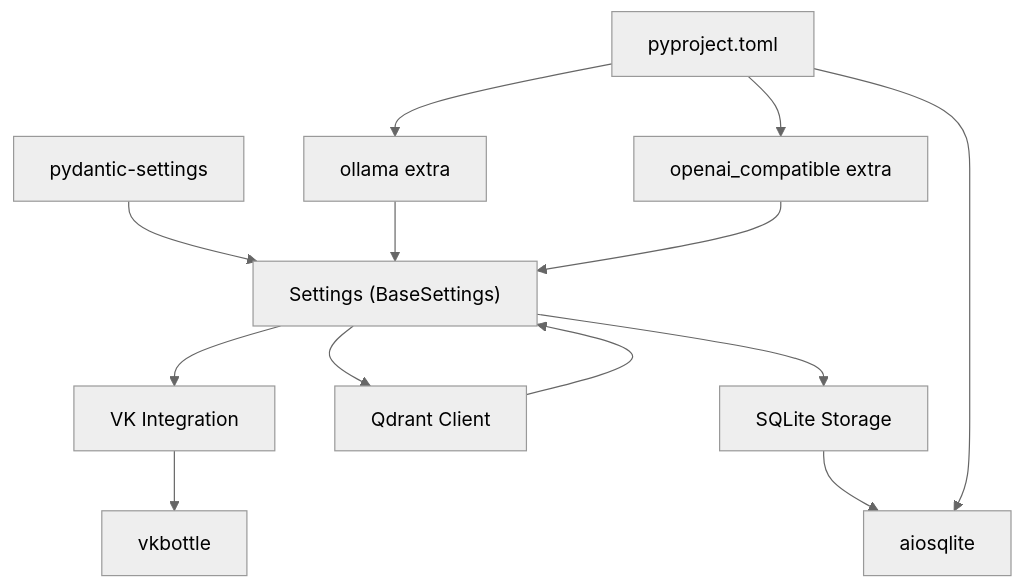
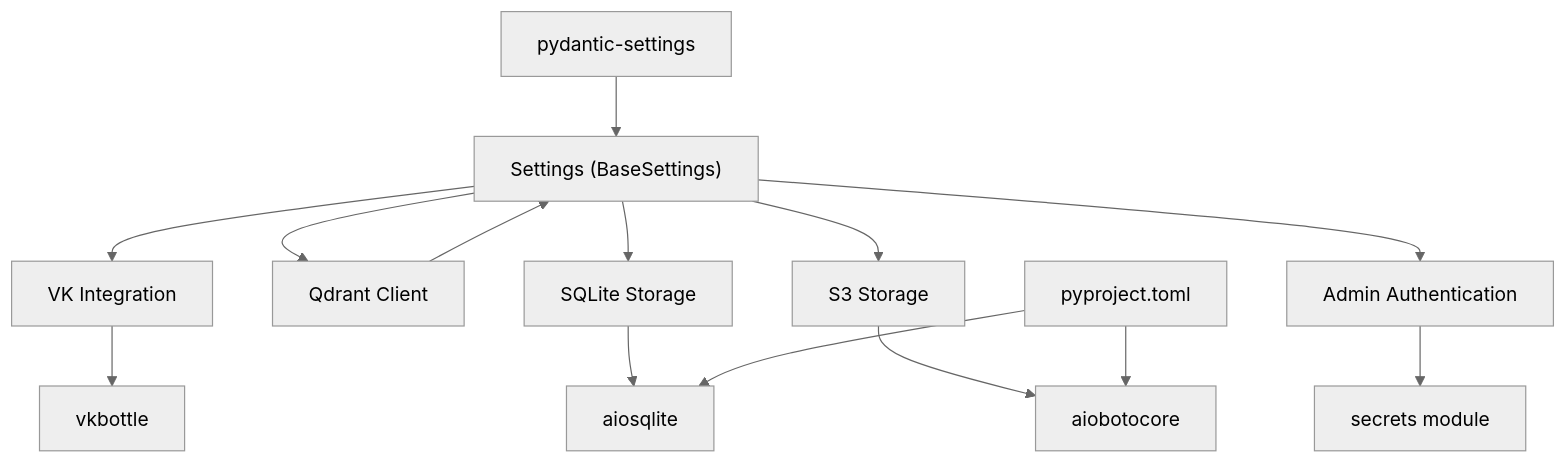
One commit to ognelis/cafetera_hr_bot changed the sixth of 9 diagrams in .qoder/repowiki/en/content/Configuration Management.md. Above: the diagram before and after it, drawn with Mermaid (neutral theme). The commit also changed other lines of this file and 15 other files, not shown here.

````diff
--- a/.qoder/repowiki/en/content/Configuration Management.md
+++ b/.qoder/repowiki/en/content/Configuration Management.md
@@ -246,25 +279,28 @@
 ```mermaid
 graph TB
 Settings["Settings (BaseSettings)"]
 Pydantic["pydantic-settings"]
 VKIntegration["VK Integration"]
 VKLib["vkbottle"]
 Qdrant["Qdrant Client"]
 SQLite["SQLite Storage"]
 Aiosqlite["aiosqlite"]
-OllamaExtra["ollama extra"]
-OpenAIExtra["openai_compatible extra"]
+S3Storage["S3 Storage"]
+Aiobotocore["aiobotocore"]
+AdminAuth["Admin Authentication"]
+Secrets["secrets module"]
 Pyproject["pyproject.toml"]
 Pydantic --> Settings
 Settings --> VKIntegration
 Settings --> Qdrant
 Settings --> SQLite
+Settings --> S3Storage
+Settings --> AdminAuth
 VKIntegration --> VKLib
 Qdrant --> Settings
 SQLite --> Aiosqlite
-OllamaExtra --> Settings
-OpenAIExtra --> Settings
-Pyproject --> OllamaExtra
-Pyproject --> OpenAIExtra
+S3Storage --> Aiobotocore
+AdminAuth --> Secrets
 Pyproject --> Aiosqlite
+Pyproject --> Aiobotocore
 ```
````
